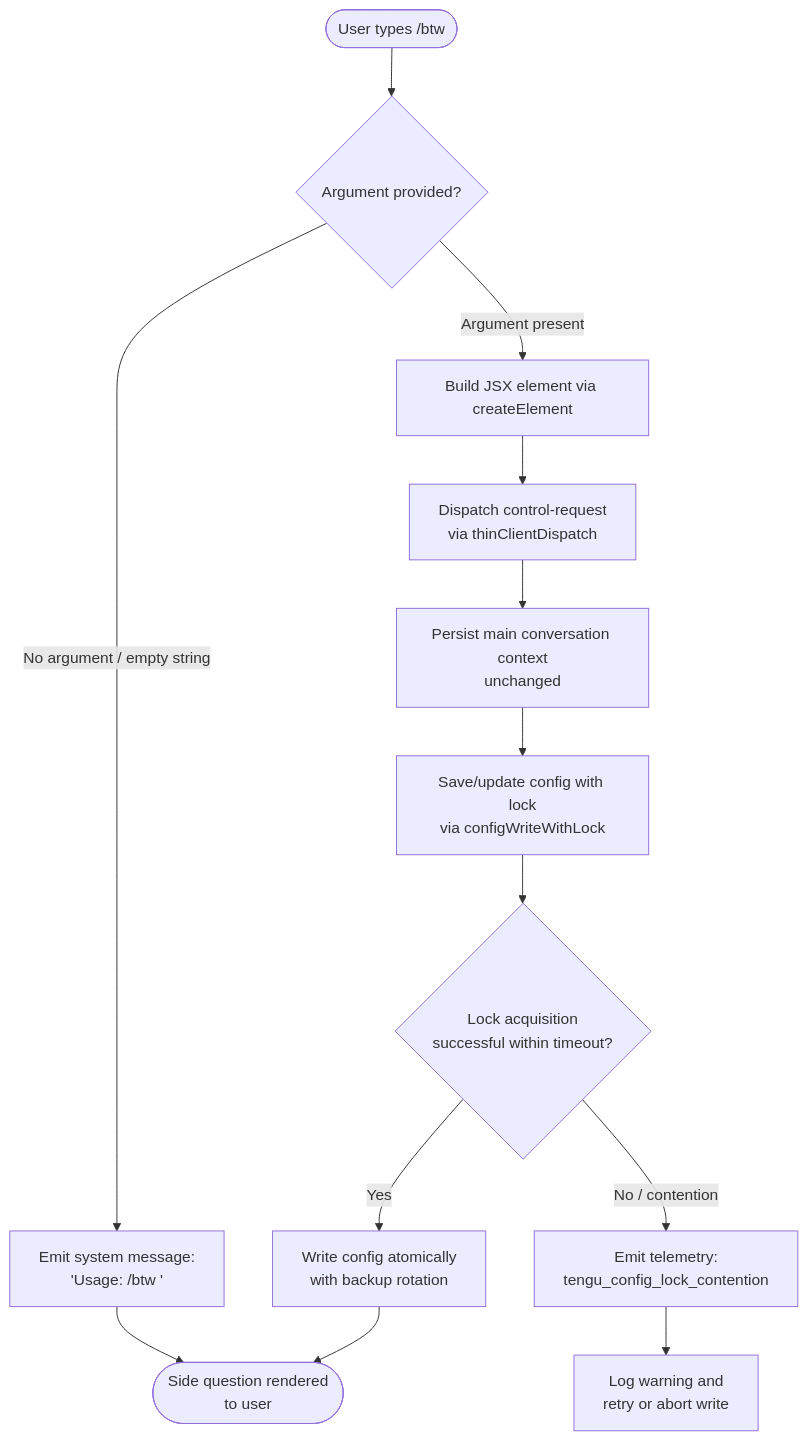
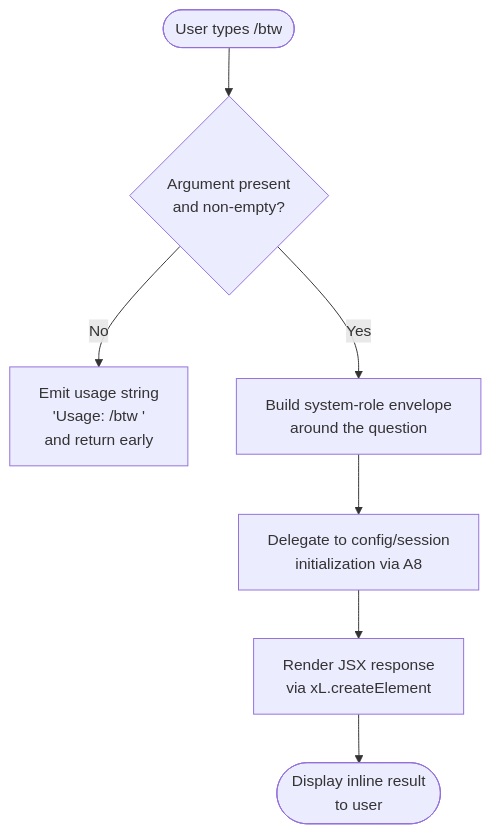
One commit to MyLittleLuckyDog/cc-gnothi changed the diagram in versions/v2.1.132/btw.md. Above: the diagram before and after it, drawn with Mermaid. The commit also changed other lines of this file and 96 other files, not shown here.

````diff
--- a/versions/v2.1.132/btw.md
+++ b/versions/v2.1.132/btw.md
@@ -48,15 +57,9 @@
 ```mermaid
 flowchart TD
-    A([User types /btw]) --> B{Argument provided?}
-    B -- No argument / empty string --> C[Emit system message:\n'Usage: /btw <your question>']
-    B -- Argument present --> D[Build JSX element via createElement]
-    D --> E[Dispatch control-request\nvia thinClientDispatch]
-    E --> F[Persist main conversation context\nunchanged]
-    F --> G[Save/update config with lock\nvia configWriteWithLock]
-    G --> H{Lock acquisition\nsuccessful within timeout?}
-    H -- Yes --> I[Write config atomically\nwith backup rotation]
-    H -- No / contention --> J[Emit telemetry:\ntengu_config_lock_contention]
-    J --> K[Log warning and\nretry or abort write]
-    I --> L([Side question rendered\nto user])
-    C --> L
+    A([User types /btw]) --> B{Argument present\nand non-empty?}
+    B -- No --> C[Emit usage string\n'Usage: /btw <your question>'\nand return early]
+    B -- Yes --> D[Build system-role envelope\naround the question]
+    D --> E[Delegate to config/session\ninitialization via A8]
+    E --> F[Render JSX response\nvia xL.createElement]
+    F --> G([Display inline result\nto user])
 ```
````
